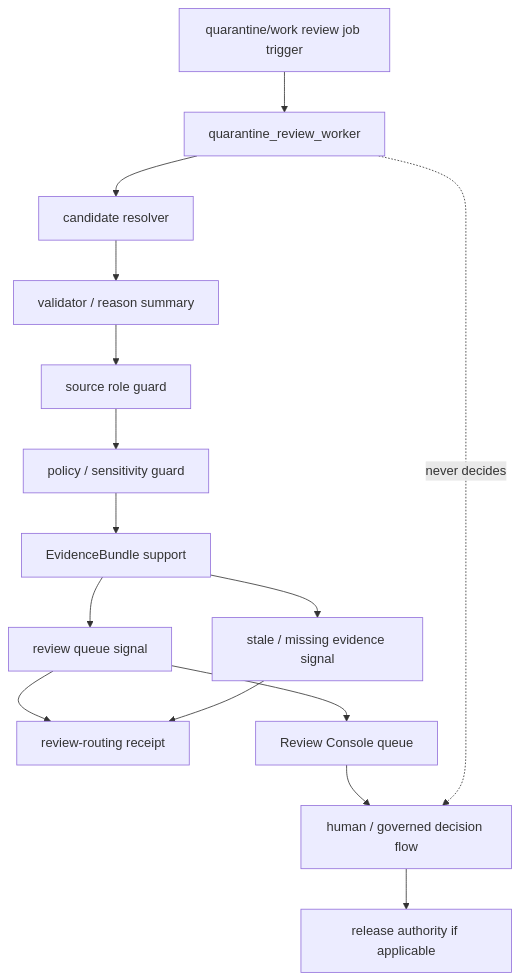
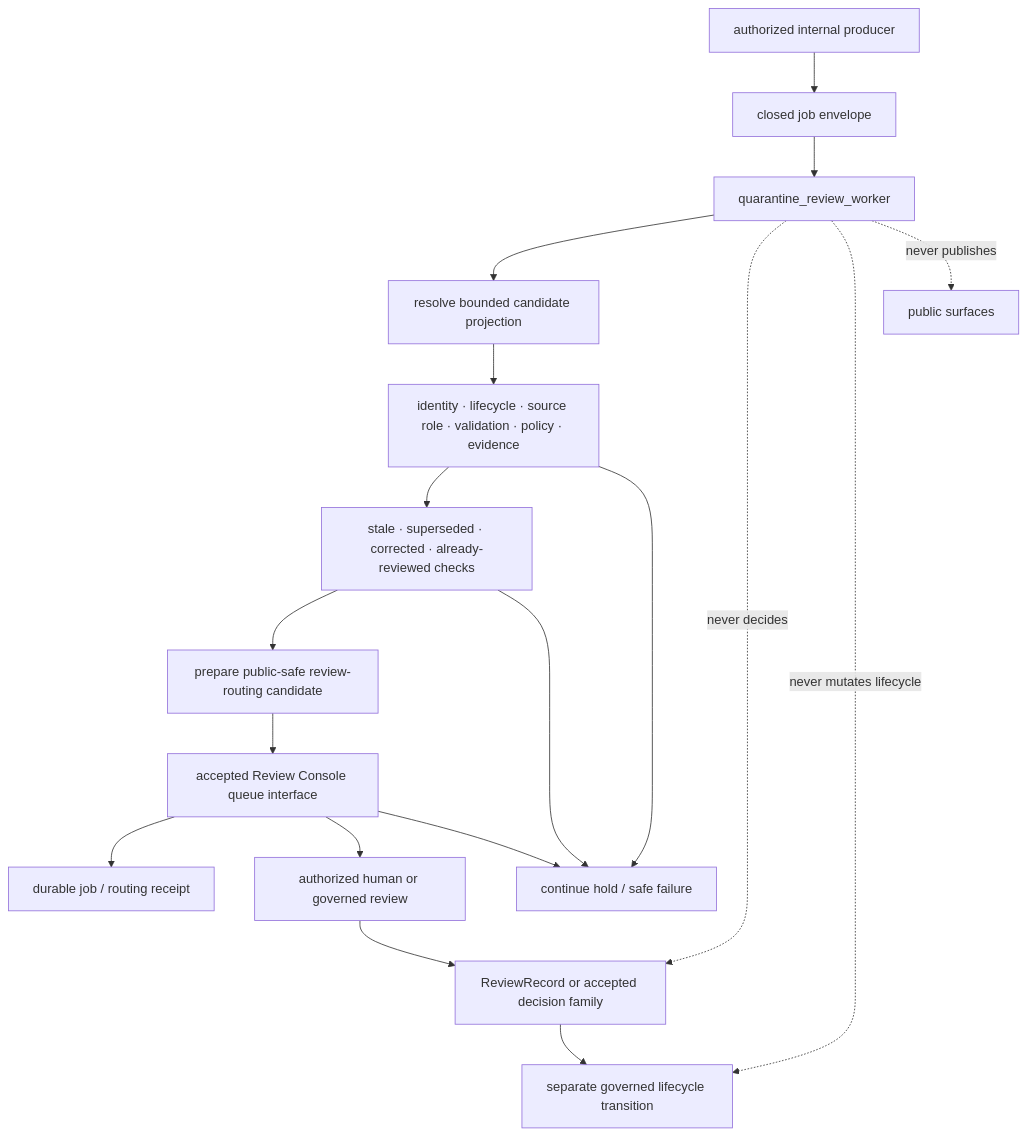
One commit to bartytime4life/Kansas-Frontier-Matrix changed the diagram in apps/workers/src/quarantine_review_worker/README.md. Above: the diagram before and after it, drawn with Mermaid. The commit also changed other lines of this file, not shown here.

Commit message:
docs(workers): modernize quarantine review worker README

````diff
--- a/apps/workers/src/quarantine_review_worker/README.md
+++ b/apps/workers/src/quarantine_review_worker/README.md
@@ -202,17 +570,22 @@
 ```mermaid
 flowchart TD
-    trigger["quarantine/work review job trigger"] --> worker["quarantine_review_worker"]
-    worker --> candidate["candidate resolver"]
-    candidate --> validator["validator / reason summary"]
-    validator --> source["source role guard"]
-    source --> policy["policy / sensitivity guard"]
-    policy --> evidence["EvidenceBundle support"]
-    evidence --> signal["review queue signal"]
-    evidence --> stale["stale / missing evidence signal"]
-    signal --> receipt["review-routing receipt"]
-    stale --> receipt
-    signal --> review["Review Console queue"]
-    review --> decision["human / governed decision flow"]
-    decision --> release["release authority if applicable"]
+    producer["authorized internal producer"] --> envelope["closed job envelope"]
+    envelope --> worker["quarantine_review_worker"]
+    worker --> candidate["resolve bounded candidate projection"]
+    candidate --> guards["identity · lifecycle · source role · validation · policy · evidence"]
+    guards --> freshness["stale · superseded · corrected · already-reviewed checks"]
+    freshness --> prepare["prepare public-safe review-routing candidate"]
+    prepare --> submit["accepted Review Console queue interface"]
+    submit --> receipt["durable job / routing receipt"]
+    submit --> human["authorized human or governed review"]
+    human --> decision["ReviewRecord or accepted decision family"]
+    decision --> transition["separate governed lifecycle transition"]
+
+    guards --> hold["continue hold / safe failure"]
+    freshness --> hold
+    submit --> hold
+
     worker -. "never decides" .-> decision
+    worker -. "never mutates lifecycle" .-> transition
+    worker -. "never publishes" .-> public["public surfaces"]
 ```
````
